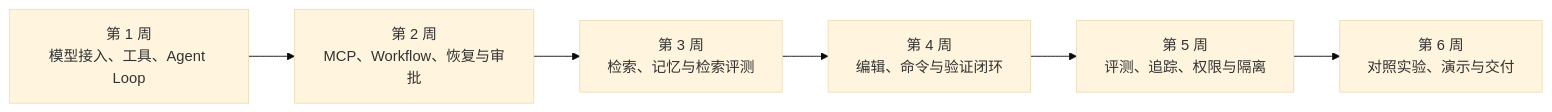
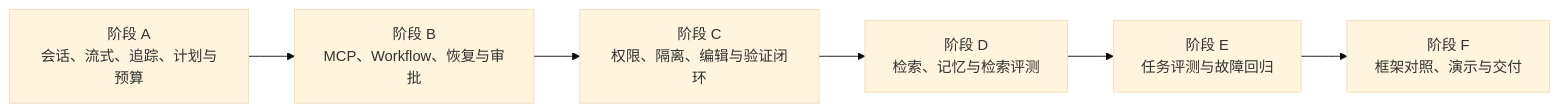
Before and after one commit to BernardZhang/ts-code-agent: the third of 3 diagrams in docs/architecture.md, drawn with Mermaid (base theme). The commit also changed other lines of this file and 6 other files, not shown here.

````diff
--- a/docs/architecture.md
+++ b/docs/architecture.md
@@ -177,8 +177,8 @@
 ```mermaid
 flowchart LR
-    W1["第 1 周<br/>模型接入、工具、Agent Loop"] --> W2["第 2 周<br/>MCP、Workflow、恢复与审批"]
-    W2 --> W3["第 3 周<br/>检索、记忆与检索评测"]
-    W3 --> W4["第 4 周<br/>编辑、命令与验证闭环"]
-    W4 --> W5["第 5 周<br/>评测、追踪、权限与隔离"]
-    W5 --> W6["第 6 周<br/>对照实验、演示与交付"]
+    A["阶段 A<br/>会话、流式、追踪、计划与预算"] --> B["阶段 B<br/>MCP、Workflow、恢复与审批"]
+    B --> C["阶段 C<br/>权限、隔离、编辑与验证闭环"]
+    C --> D["阶段 D<br/>检索、记忆与检索评测"]
+    D --> E["阶段 E<br/>任务评测与故障回归"]
+    E --> F["阶段 F<br/>框架对照、演示与交付"]
 ```
````
